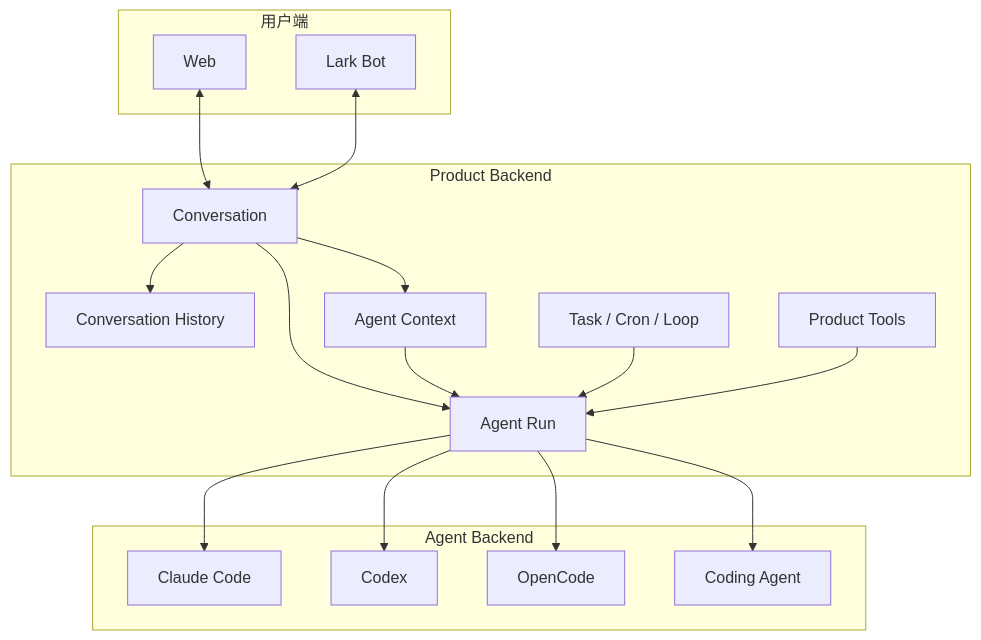
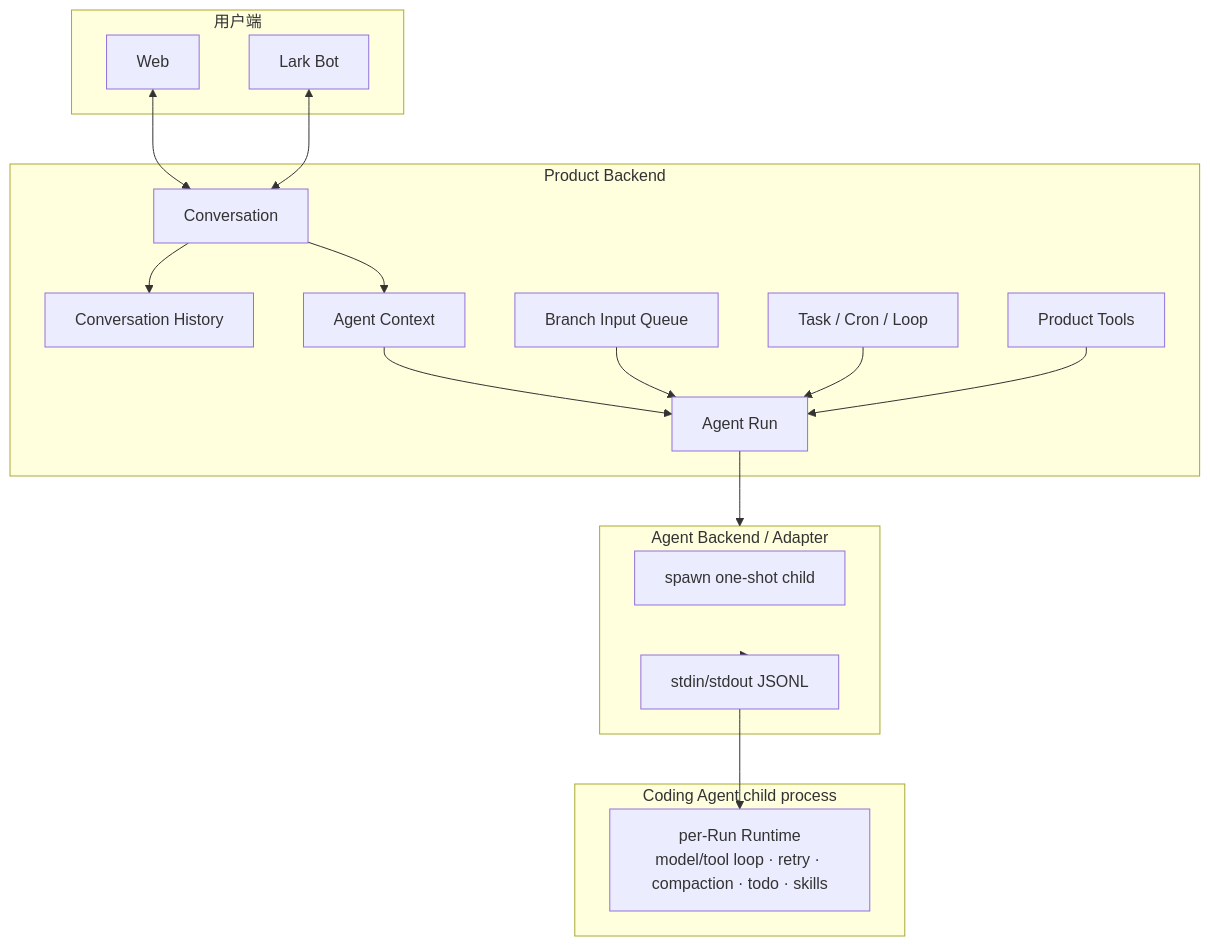
Before and after one commit to Chengchcc/my-agent-dev: the first of 2 diagrams in docs/architecture/system-overview.md, drawn with Mermaid. The commit also changed other lines of this file and 99 other files, not shown here.

````diff
--- a/docs/architecture/system-overview.md
+++ b/docs/architecture/system-overview.md
@@ -32,36 +46,38 @@
 ```mermaid
 flowchart TB
   subgraph Surfaces[用户端]
     Web[Web]
     Lark[Lark Bot]
   end
 
   subgraph Product[Product Backend]
     Conversation[Conversation]
     History[Conversation History]
     Context[Agent Context]
     Run[Agent Run]
+    Queue[Branch Input Queue]
     Tools[Product Tools]
     Flow[Task / Cron / Loop]
   end
 
-  subgraph Backends[Agent Backend]
-    Claude[Claude Code]
-    Codex[Codex]
-    OpenCode[OpenCode]
-    Coding[Coding Agent]
+  subgraph Adapter[Agent Backend / Adapter]
+    Spawn[spawn one-shot child]
+    RPC[stdin/stdout JSONL]
+  end
+
+  subgraph Child[Coding Agent child process]
+    Runtime[per-Run Runtime<br/>model/tool loop · retry · compaction · todo · skills]
   end
 
   Web <--> Conversation
   Lark <--> Conversation
   Conversation --> History
   Conversation --> Context
-  Conversation --> Run
   Context --> Run
+  Queue --> Run
   Flow --> Run
   Tools --> Run
-  Run --> Claude
-  Run --> Codex
-  Run --> OpenCode
-  Run --> Coding
+  Run --> Adapter
+  Adapter --> RPC
+  RPC --> Runtime
 ```
````
